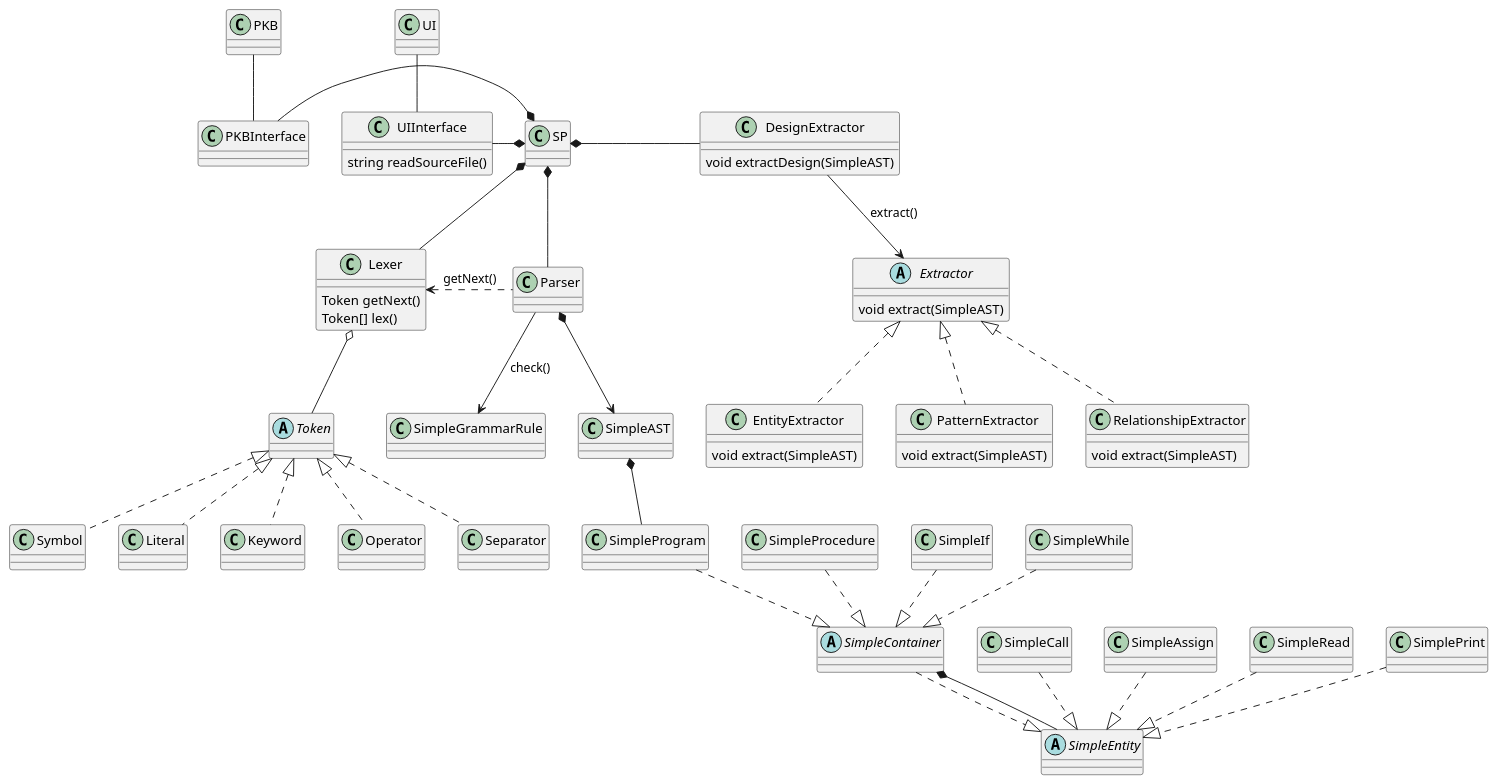
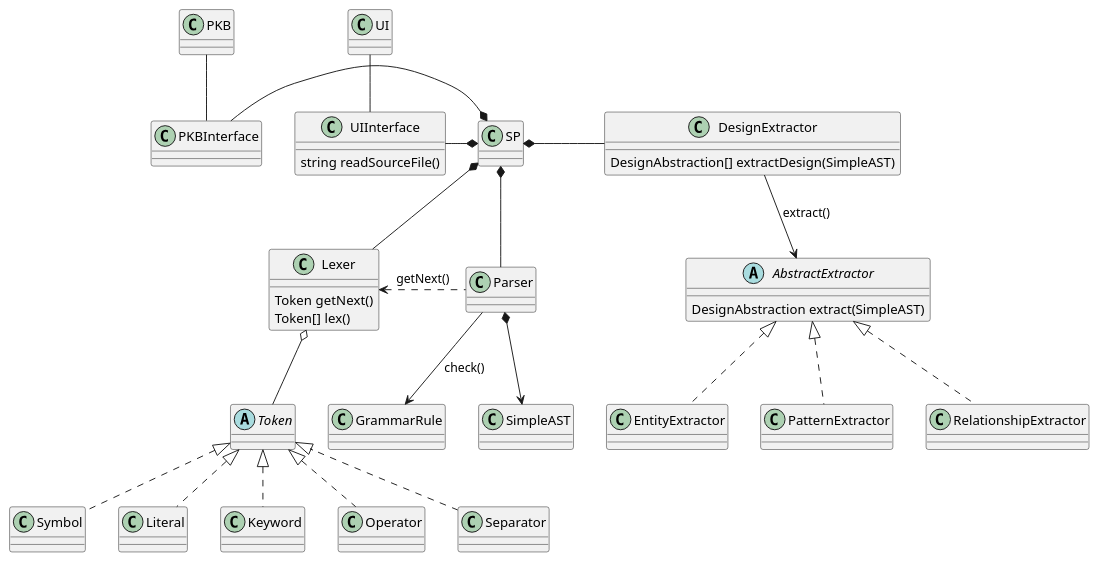
One commit to mazx4960/static-analyzer changed the diagram in docs/diagrams/SPClassDiagram.puml. Above: the diagram before and after it, drawn with PlantUML.

Commit message:
Update SP diagram

```diff
--- a/docs/diagrams/SPClassDiagram.puml
+++ b/docs/diagrams/SPClassDiagram.puml
@@ -1,93 +1,69 @@
 @startuml
 
 class SP
 class UI
 class PKB
 
 class UIInterface {
     string readSourceFile()
 }
 
 class Lexer {
     Token getNext()
     Token[] lex()
 }
 
 abstract class Token {
 }
 class Symbol
 class Literal
 class Keyword
 class Operator
 class Separator
 
 class Parser
-class SimpleGrammarRule
+class GrammarRule
 
 class SimpleAST
-abstract class SimpleEntity
-abstract class SimpleContainer
-class SimpleProgram
-class SimpleProcedure
-class SimpleIf
-class SimpleWhile
-class SimpleCall
-class SimpleAssign
-class SimpleRead
-class SimplePrint
 
 class DesignExtractor {
-    void extractDesign(SimpleAST)
+    DesignAbstraction[] extractDesign(SimpleAST)
 }
-abstract class Extractor {
-    void extract(SimpleAST)
+abstract class AbstractExtractor {
+    DesignAbstraction extract(SimpleAST)
 }
 class EntityExtractor {
-    void extract(SimpleAST)
 }
 class PatternExtractor {
-    void extract(SimpleAST)
 }
 class RelationshipExtractor {
-    void extract(SimpleAST)
 }
 
 class PKBInterface
 
 SP *-left- UIInterface
 SP *-left- PKBInterface
 SP *-down- Lexer
 SP *-down- Parser
 SP *-right- DesignExtractor
 PKBInterface -up- PKB
 UIInterface -up- UI
 
 Token <|.. Symbol
 Token <|.. Literal
 Token <|.. Keyword
 Token <|.. Operator
 Token <|.. Separator
 
 Lexer o-- Token
 Parser .left.> Lexer: getNext()
-Parser -down-> SimpleGrammarRule : check()
+Parser -down-> GrammarRule : check()
 Parser *-down-> SimpleAST
-SimpleAST *-- SimpleProgram
-SimpleContainer ..|> SimpleEntity
-SimpleCall ..|> SimpleEntity
-SimpleAssign ..|> SimpleEntity
-SimpleRead ..|> SimpleEntity
-SimplePrint ..|> SimpleEntity
-SimpleIf ..|> SimpleContainer
-SimpleWhile ..|> SimpleContainer
-SimpleProcedure ..|> SimpleContainer
-SimpleProgram ..|> SimpleContainer
-SimpleContainer *-- SimpleEntity
 
-Extractor <|.. EntityExtractor
-Extractor <|.. PatternExtractor
-Extractor <|.. RelationshipExtractor
+AbstractExtractor <|.. EntityExtractor
+AbstractExtractor <|.. PatternExtractor
+AbstractExtractor <|.. RelationshipExtractor
 
-DesignExtractor --> Extractor : extract()
+DesignExtractor --> AbstractExtractor : extract()
 
 @enduml
```
